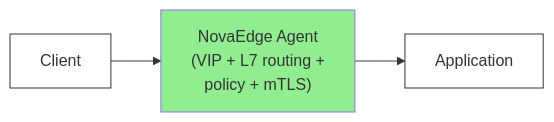
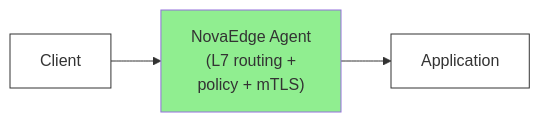
One commit to azrtydxb/novaedge changed the fourth of 4 diagrams in docs/comparison.md. Above: the diagram before and after it, drawn with Mermaid. The commit also changed other lines of this file and 13 other files, not shown here.

````diff
--- a/docs/comparison.md
+++ b/docs/comparison.md
@@ -213,9 +198,9 @@
 ```mermaid
 flowchart LR
-    CLIENT["Client"] --> AGENT["NovaEdge Agent<br/>(VIP + L7 routing +<br/>policy + mTLS)"]
+    CLIENT["Client"] --> AGENT["NovaEdge Agent<br/>(L7 routing +<br/>policy + mTLS)"]
     AGENT --> APP["Application"]
 
     style CLIENT fill:#FFFFFF,stroke:#333
     style AGENT fill:#90EE90
     style APP fill:#FFFFFF,stroke:#333
 ```
````
